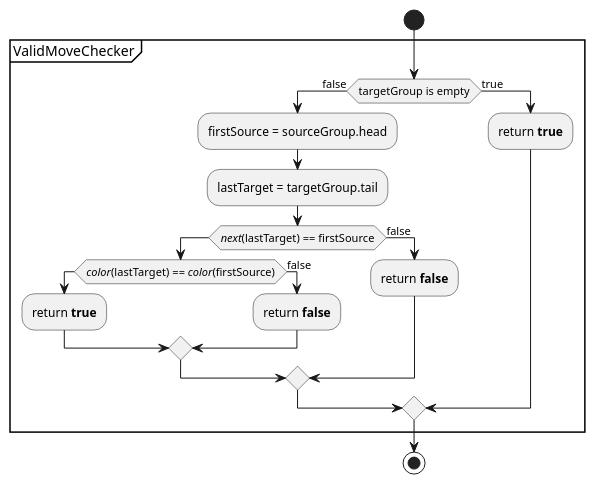
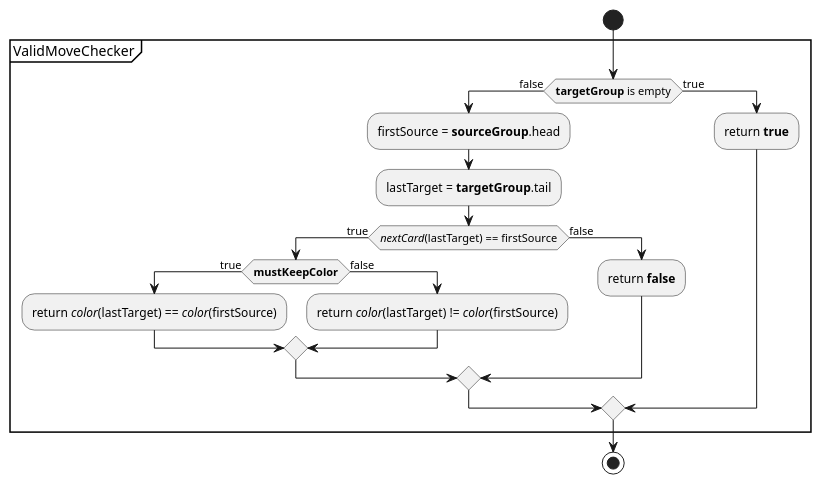
Before and after one commit to ciscoruiz/klondike: the diagram in useCaseView/ValidMoveChecker.puml, drawn with PlantUML.

Commit message:
Improve ValidMoveChecker
ValidMoveChecker will be useful for move from Pile to Pile (where the color must be different) and from Pile to Foundation (where the color must be the same).

```diff
--- a/useCaseView/ValidMoveChecker.puml
+++ b/useCaseView/ValidMoveChecker.puml
@@ -1,25 +1,24 @@
 @startuml
 'https://plantuml.com/activity-diagram-beta
 
 start
 partition ValidMoveChecker {
-   if (targetGroup is empty) then (false)
-      :firstSource = sourceGroup.head;
-      :lastTarget = targetGroup.tail;
-      if (//next//(lastTarget) == firstSource) then
-         if (//color//(lastTarget) == //color//(firstSource)) then
-            :return **true**;
+   if (**targetGroup** is empty) then (false)
+      :firstSource = **sourceGroup**.head;
+      :lastTarget = **targetGroup**.tail;
+      if (//nextCard//(lastTarget) == firstSource) then (true)
+         if (**mustKeepColor**) then (true)
+            :return //color//(lastTarget) == //color//(firstSource);
          else (false)
-            :return **false**;
+            :return //color//(lastTarget) != //color//(firstSource);
          endif
       else (false)
          :return **false**;
       endif
    else (true)
       :return **true**;
    endif
 }
 
 stop
-
 @enduml
```
